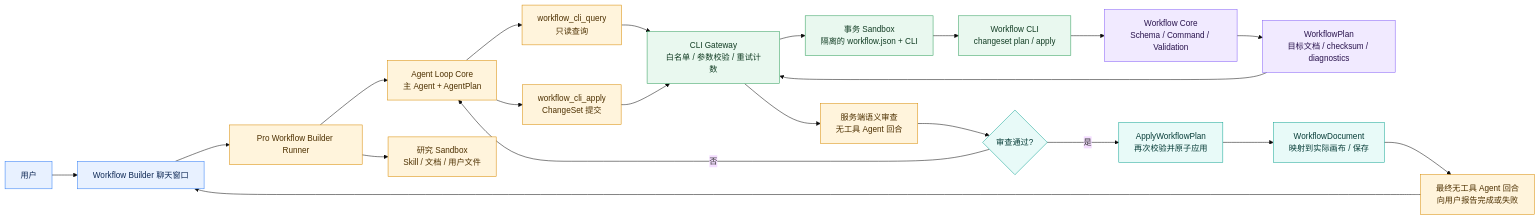
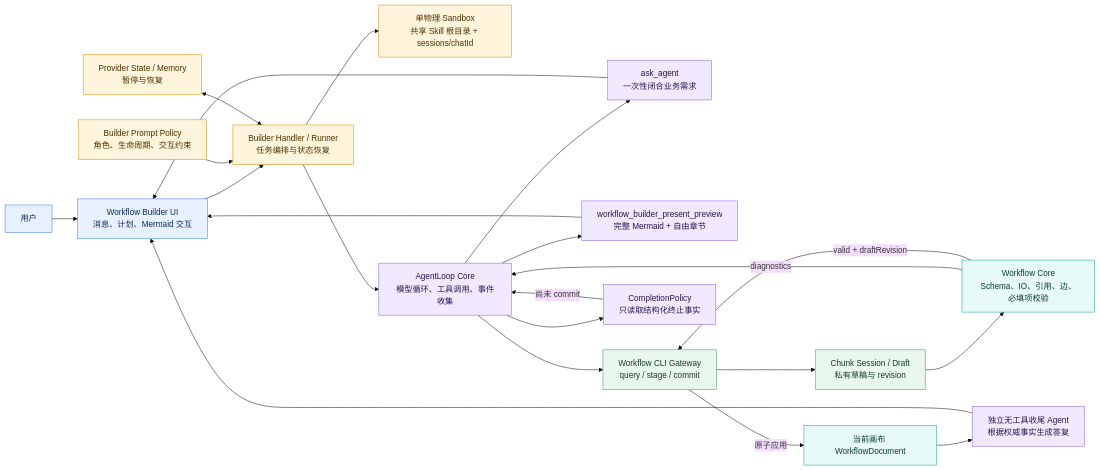
One commit to labring/FastGPT changed the diagram in diagrams/workflow-builder-current-architecture.mmd. Above: the diagram before and after it, drawn with Mermaid (base theme). The commit also changed 92 other files, not shown here.

Commit message:
feat(workflow-builder): complete end-to-end generation

```diff
--- a/diagrams/workflow-builder-current-architecture.mmd
+++ b/diagrams/workflow-builder-current-architecture.mmd
@@ -1,37 +1,37 @@
-%% 当前 Workflow Builder 实际架构
-graph LR
-    U[用户] --> UI[Workflow Builder 聊天窗口]
-    UI --> R[Pro Workflow Builder Runner]
+%% Workflow Builder 当前模块架构
+flowchart LR
+    U["用户"] --> UI["Workflow Builder UI<br/>消息、计划、Mermaid 交互"]
+    UI --> R["Builder Handler / Runner<br/>任务编排与状态恢复"]
 
-    R --> L[Agent Loop Core<br/>主 Agent + AgentPlan]
-    R --> S[研究 Sandbox<br/>Skill / 文档 / 用户文件]
-    L --> Q[workflow_cli_query<br/>只读查询]
-    L --> A[workflow_cli_apply<br/>ChangeSet 提交]
+    P["Builder Prompt Policy<br/>角色、生命周期、交互约束"] --> R
+    M["Provider State / Memory<br/>暂停与恢复"] <--> R
+    R --> S["单物理 Sandbox<br/>共享 Skill 根目录 + sessions/chatId"]
+    R --> L["AgentLoop Core<br/>模型循环、工具调用、事件收集"]
 
-    Q --> G[CLI Gateway<br/>白名单 / 参数校验 / 重试计数]
-    A --> G
-    G --> T[事务 Sandbox<br/>隔离的 workflow.json + CLI]
-    T --> C[Workflow CLI<br/>changeset plan / apply]
-    C --> W[Workflow Core<br/>Schema / Command / Validation]
+    L --> A["ask_agent<br/>一次性闭合业务需求"]
+    A --> UI
+    L --> PV["workflow_builder_present_preview<br/>完整 Mermaid + 自由章节"]
+    PV --> UI
+    L --> G["Workflow CLI Gateway<br/>query / stage / commit"]
+    G --> D["Chunk Session / Draft<br/>私有草稿与 revision"]
+    D --> C["Workflow Core<br/>Schema、IO、引用、边、必填项校验"]
+    C -->|"diagnostics"| L
+    C -->|"valid + draftRevision"| G
+    G -->|"原子应用"| W["当前画布 WorkflowDocument"]
 
-    W --> P[WorkflowPlan<br/>目标文档 / checksum / diagnostics]
-    P --> G
-    G --> V[服务端语义审查<br/>无工具 Agent 回合]
-    V --> X{审查通过?}
-    X -->|否| L
-    X -->|是| D[ApplyWorkflowPlan<br/>再次校验并原子应用]
-    D --> CANVAS[WorkflowDocument<br/>映射到实际画布 / 保存]
-    CANVAS --> F[最终无工具 Agent 回合<br/>向用户报告完成或失败]
+    L --> CP["CompletionPolicy<br/>只读取结构化终止事实"]
+    CP -->|"尚未 commit"| L
+    W --> F["独立无工具收尾 Agent<br/>根据权威事实生成答复"]
     F --> UI
 
     classDef user fill:#e8f1ff,stroke:#2f7df6,color:#102a56;
-    classDef agent fill:#fff4dc,stroke:#d88a00,color:#4d3000;
-    classDef boundary fill:#e9f8ef,stroke:#2f9e5b,color:#123d24;
-    classDef core fill:#f1eaff,stroke:#845ef7,color:#29134d;
-    classDef output fill:#e8faf8,stroke:#12a594,color:#073d38;
+    classDef runner fill:#fff4dc,stroke:#d88a00,color:#4d3000;
+    classDef loop fill:#f1eaff,stroke:#845ef7,color:#29134d;
+    classDef gateway fill:#e9f8ef,stroke:#2f9e5b,color:#123d24;
+    classDef core fill:#e8faf8,stroke:#12a594,color:#073d38;
 
     class U,UI user;
-    class R,L,S,Q,A,V,F agent;
-    class G,T,C boundary;
-    class W,P core;
-    class D,CANVAS,X output;
+    class R,P,M,S runner;
+    class L,A,PV,CP,F loop;
+    class G,D gateway;
+    class C,W core;
```
